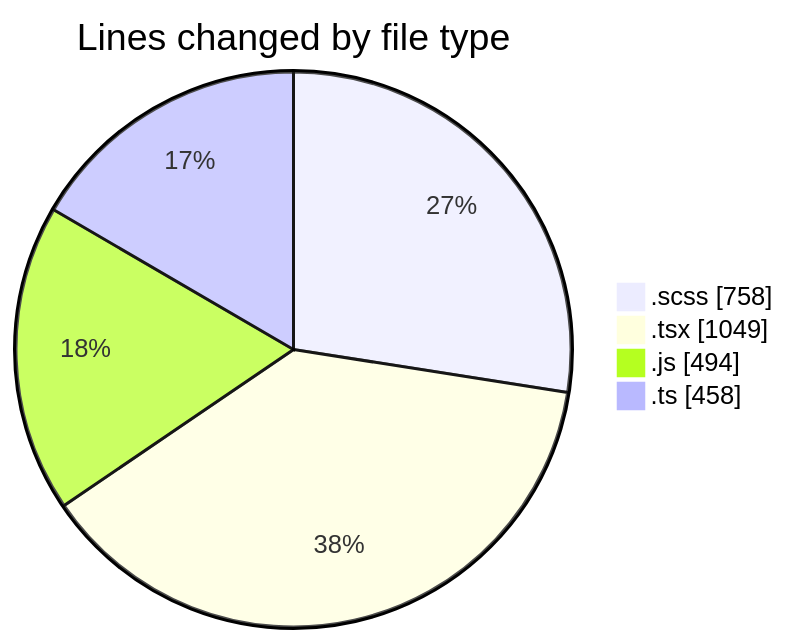
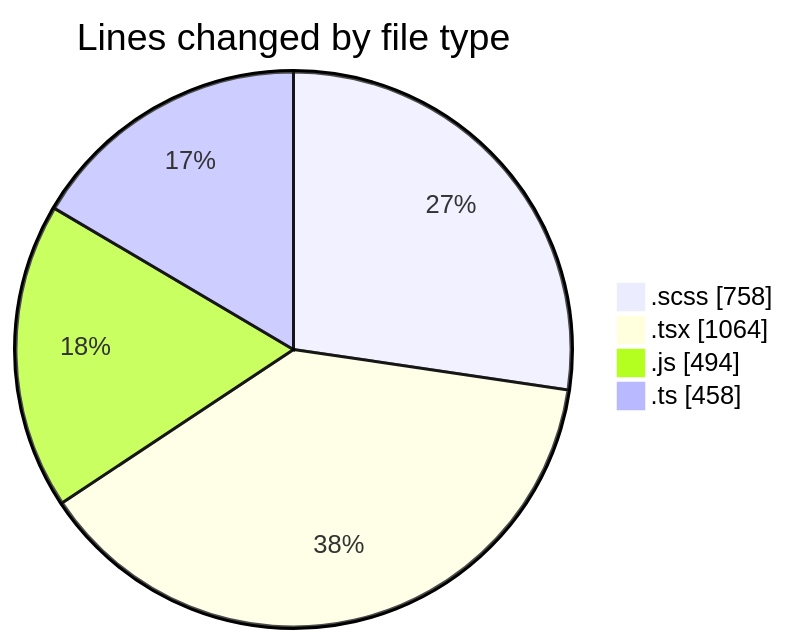
The first of 2 diagrams in 2025-03-14/cda/README.md (momahboobian/code-tracking), drawn with Mermaid before and after one commit. The commit also changed other lines of this file and 1 other file, not shown here.

````diff
--- a/2025-03-14/cda/README.md
+++ b/2025-03-14/cda/README.md
@@ -34,8 +34,8 @@
 ```mermaid
 pie showData
 title Lines changed by file type
 ".scss" : 758
-".tsx" : 1049
+".tsx" : 1064
 ".js" : 494
 ".ts" : 458
 ```
````
